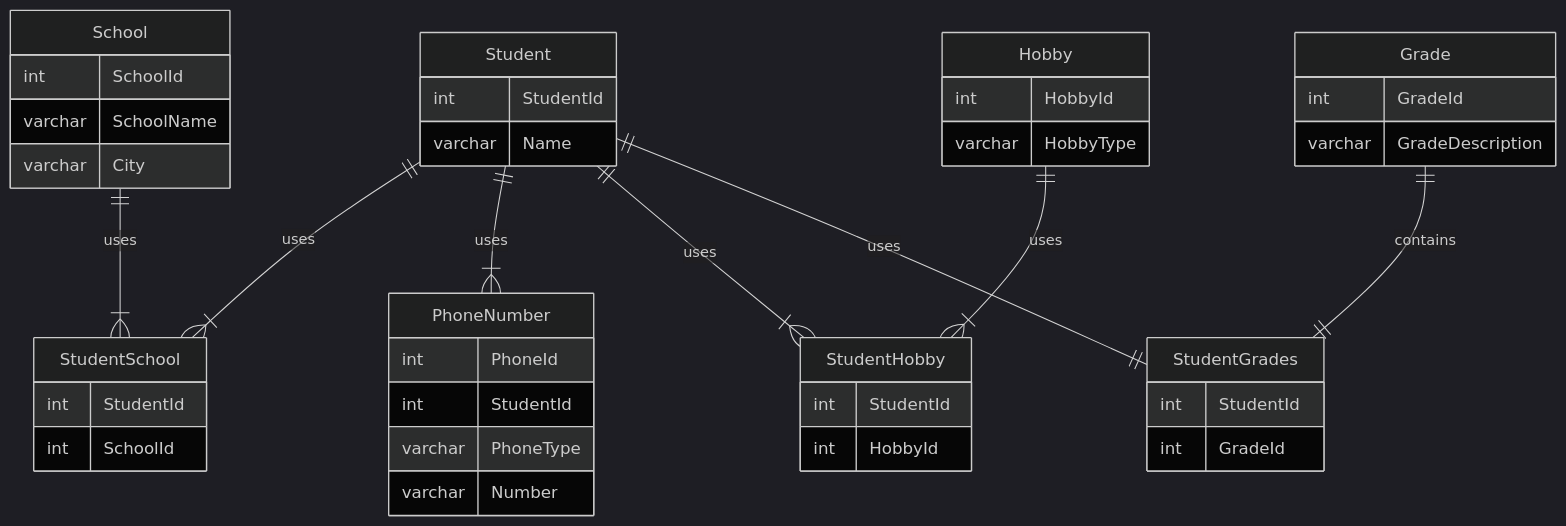
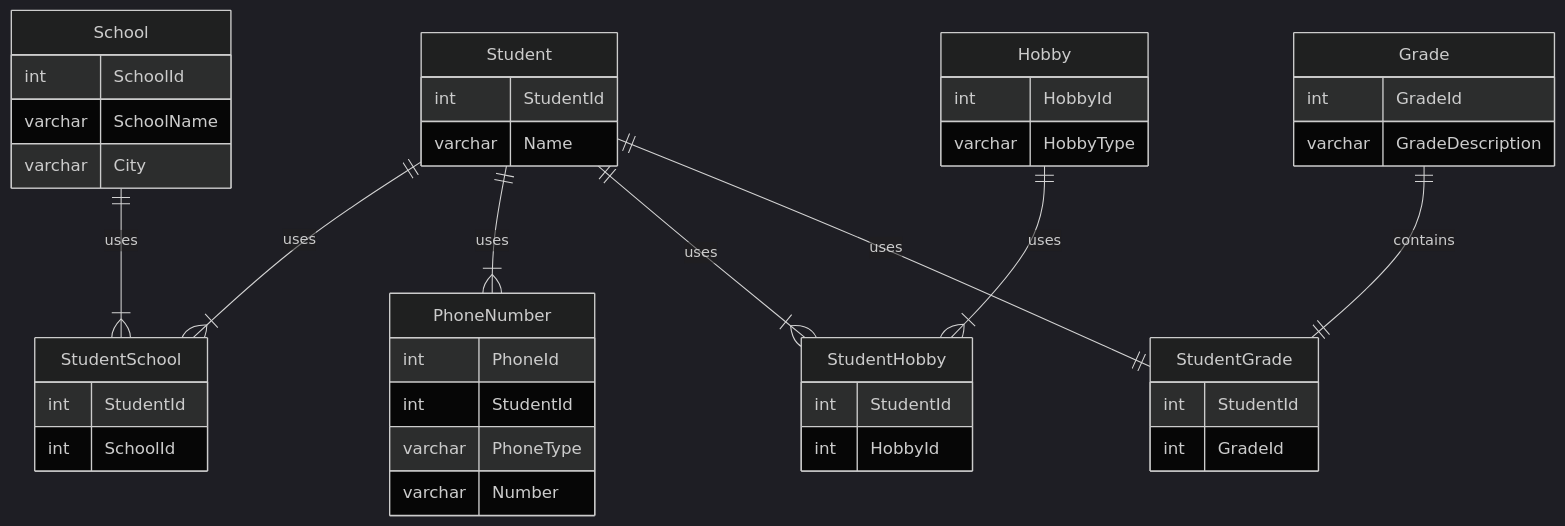
The diagram in README.md (HannahDJU22/db2022-Projekt1), drawn with Mermaid (dark theme) before and after one commit. The commit also changed 1 other file, not shown here.

Commit message:
small change

````diff
--- a/README.md
+++ b/README.md
@@ -6,45 +6,45 @@
 ```mermaid
 erDiagram
 Student {
 int StudentId
 varchar Name
 }
 School {
 int SchoolId
 varchar SchoolName
 varchar City
 }
 StudentSchool{
 int StudentId
 int SchoolId
 }
 PhoneNumber{
 int PhoneId
 int StudentId
 varchar PhoneType
 varchar Number
 }
 Hobby{
 int HobbyId
 varchar HobbyType
 }
 StudentHobby{
 int StudentId
 int HobbyId
 }
 Grade{
 int GradeId
 varchar GradeDescription
 }
-StudentGrades{
+StudentGrade{
 int StudentId
 int GradeId
 }
 Student ||--|{ StudentSchool : uses
 School ||--|{ StudentSchool : uses
 Student ||--|{ PhoneNumber : uses
 Student ||--|{ StudentHobby : uses
 Hobby ||--|{ StudentHobby : uses
-Student ||--|| StudentGrades : uses
-Grade ||--|| StudentGrades : contains
+Student ||--|| StudentGrade : uses
+Grade ||--|| StudentGrade : contains
 ```
````
